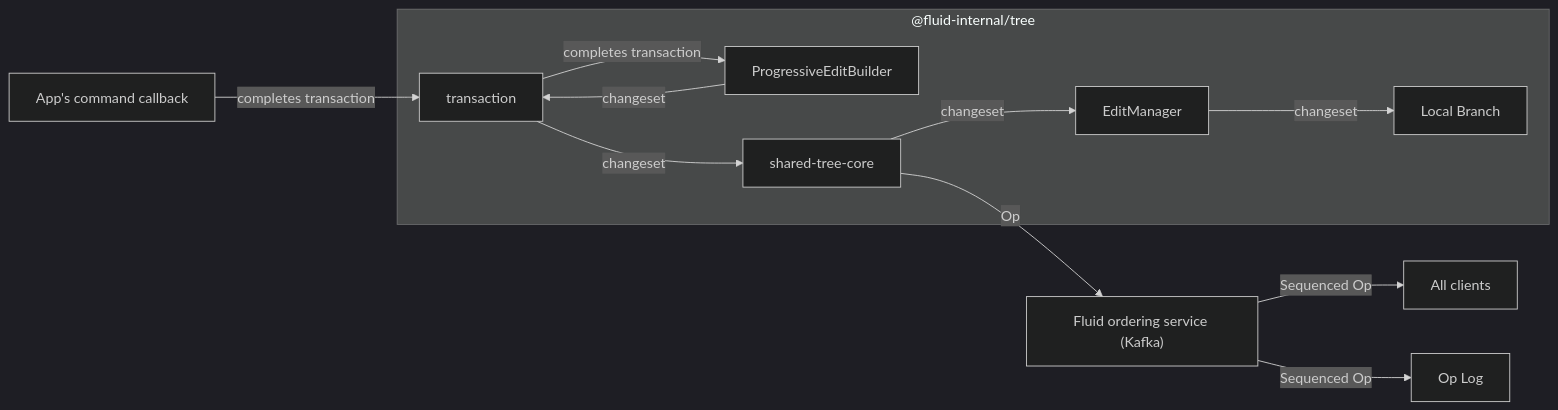
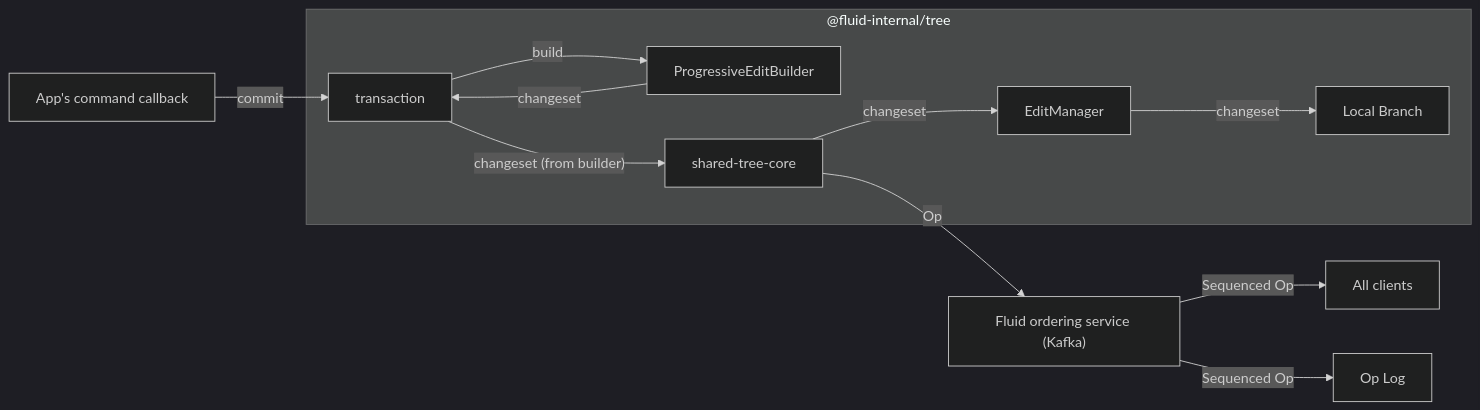
The fourth of 5 diagrams in packages/dds/tree/README.md (microsoft/FluidFramework), drawn with Mermaid (dark theme) before and after one commit. The commit also changed other lines of this file, not shown here.

Commit message:
clarify commit process

````diff
--- a/packages/dds/tree/README.md
+++ b/packages/dds/tree/README.md
@@ -203,13 +203,13 @@
 ```mermaid
 flowchart LR
-    command["App's command callback"]--"completes transaction"-->transaction
+    command["App's command callback"]--"commit"-->transaction
     subgraph "@fluid-internal/tree"
-        transaction--"completes transaction"-->ProgressiveEditBuilder
+        transaction--"build"-->ProgressiveEditBuilder
         ProgressiveEditBuilder--"changeset"-->transaction
-        transaction--"changeset"-->core["shared-tree-core"]
+        transaction--"changeset (from builder)"-->core["shared-tree-core"]
         core--"changeset"-->EditManager--"changeset"-->local["Local Branch"]
     end
     core--"Op"-->service["Fluid ordering service (Kafka)"]
     service--"Sequenced Op"-->clients["All clients"]
     service--"Sequenced Op"-->log["Op Log"]
 ```
````
